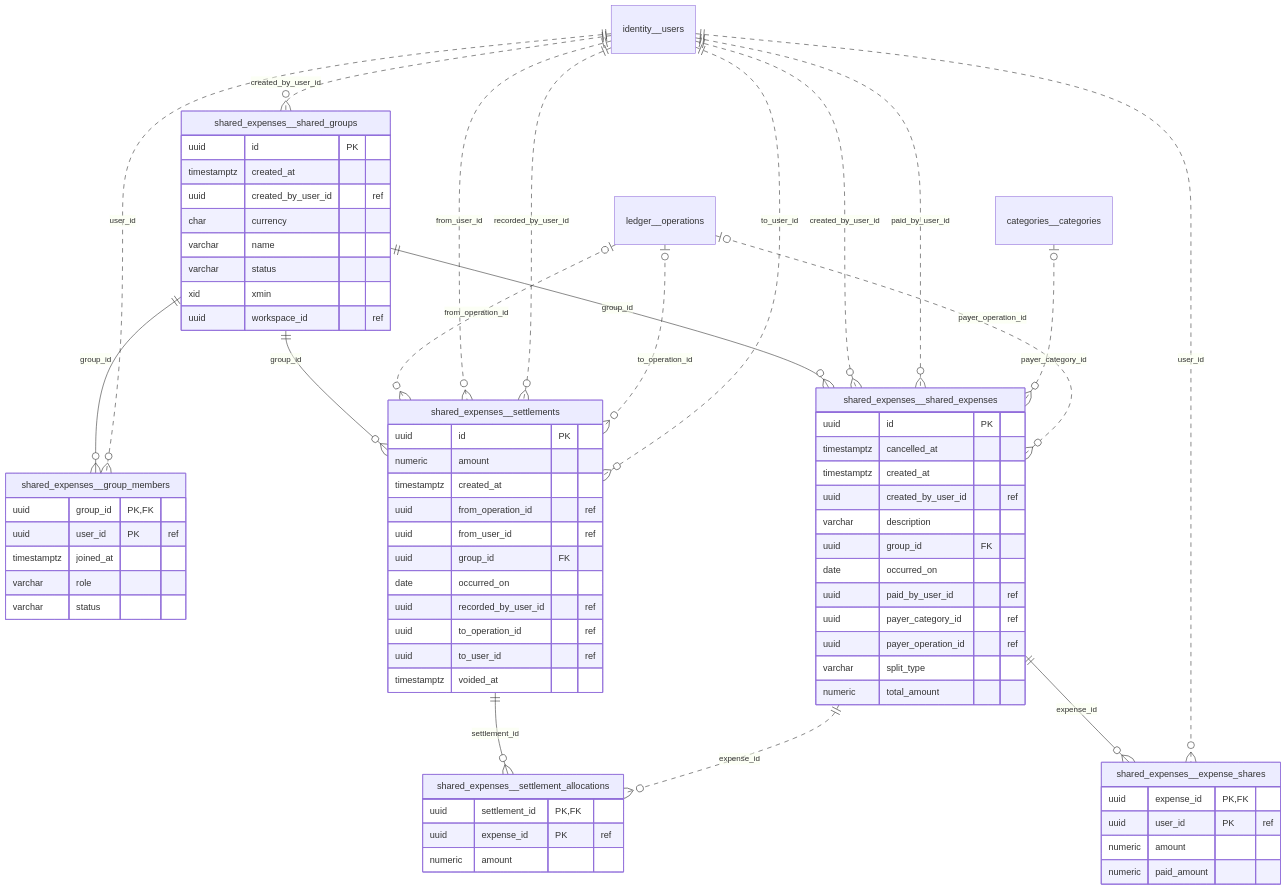
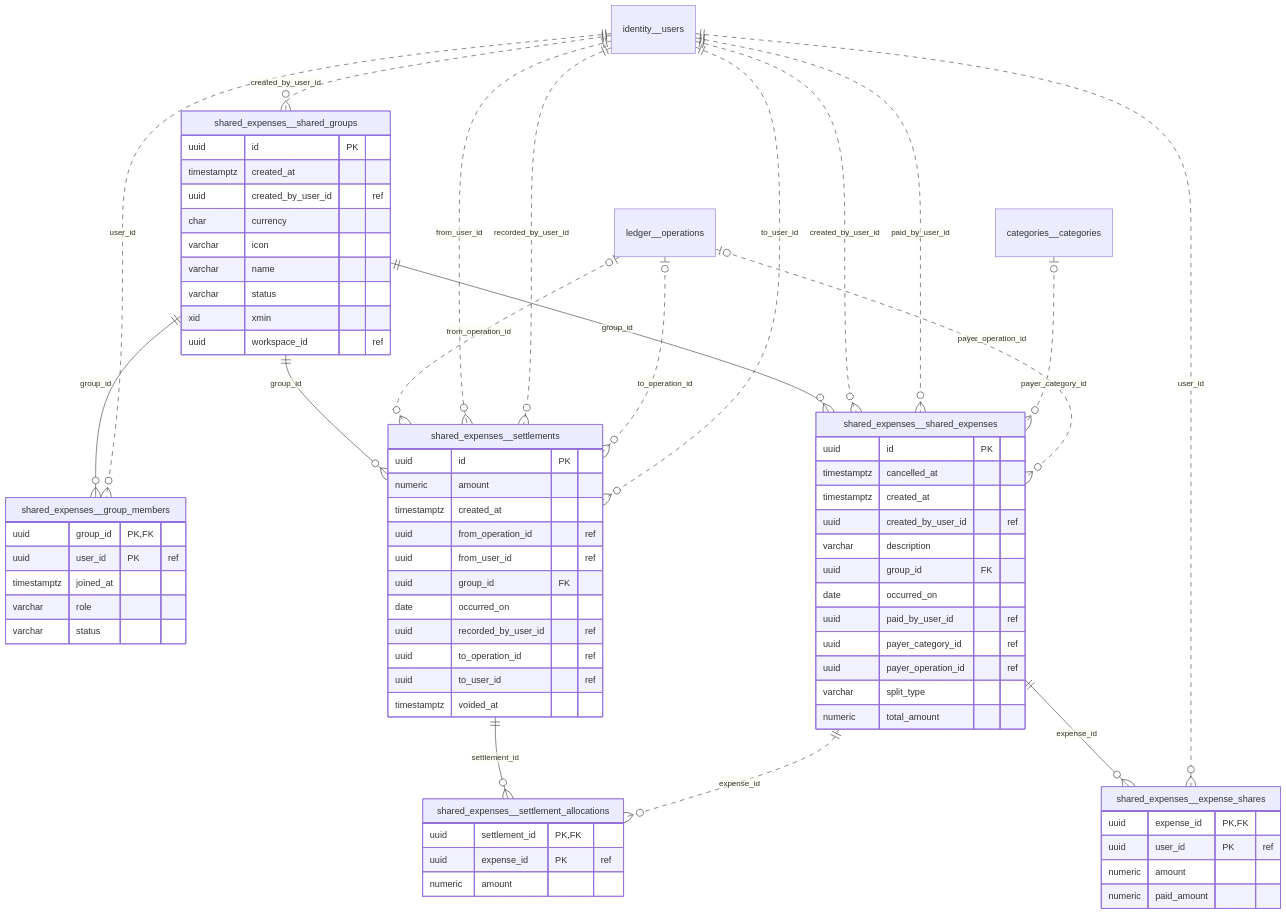
The tenth of 13 diagrams in docs/backend/database.md (TorresMBA/finanzas-hub-api), drawn with Mermaid before and after one commit. The commit also changed other lines of this file and 66 other files, not shown here.

````diff
--- a/docs/backend/database.md
+++ b/docs/backend/database.md
@@ -1308,76 +1312,77 @@
 ```mermaid
 erDiagram
     shared_expenses__shared_groups {
         uuid id PK
         timestamptz created_at
         uuid created_by_user_id "ref"
         char currency
+        varchar icon
         varchar name
         varchar status
         xid xmin
         uuid workspace_id "ref"
     }
     shared_expenses__group_members {
         uuid group_id PK,FK
         uuid user_id PK "ref"
         timestamptz joined_at
         varchar role
         varchar status
     }
     shared_expenses__settlements {
         uuid id PK
         numeric amount
         timestamptz created_at
         uuid from_operation_id "ref"
         uuid from_user_id "ref"
         uuid group_id FK
         date occurred_on
         uuid recorded_by_user_id "ref"
         uuid to_operation_id "ref"
         uuid to_user_id "ref"
         timestamptz voided_at
     }
     shared_expenses__settlement_allocations {
         uuid settlement_id PK,FK
         uuid expense_id PK "ref"
         numeric amount
     }
     shared_expenses__shared_expenses {
         uuid id PK
         timestamptz cancelled_at
         timestamptz created_at
         uuid created_by_user_id "ref"
         varchar description
         uuid group_id FK
         date occurred_on
         uuid paid_by_user_id "ref"
         uuid payer_category_id "ref"
         uuid payer_operation_id "ref"
         varchar split_type
         numeric total_amount
     }
     shared_expenses__expense_shares {
         uuid expense_id PK,FK
         uuid user_id PK "ref"
         numeric amount
         numeric paid_amount
     }
     identity__users ||..o{ shared_expenses__shared_groups : "created_by_user_id"
     shared_expenses__shared_groups ||--o{ shared_expenses__group_members : "group_id"
     identity__users ||..o{ shared_expenses__group_members : "user_id"
     shared_expenses__shared_groups ||--o{ shared_expenses__settlements : "group_id"
     ledger__operations |o..o{ shared_expenses__settlements : "from_operation_id"
     identity__users ||..o{ shared_expenses__settlements : "from_user_id"
     identity__users ||..o{ shared_expenses__settlements : "recorded_by_user_id"
     ledger__operations |o..o{ shared_expenses__settlements : "to_operation_id"
     identity__users ||..o{ shared_expenses__settlements : "to_user_id"
     shared_expenses__settlements ||--o{ shared_expenses__settlement_allocations : "settlement_id"
     shared_expenses__shared_expenses ||..o{ shared_expenses__settlement_allocations : "expense_id"
     shared_expenses__shared_groups ||--o{ shared_expenses__shared_expenses : "group_id"
     identity__users ||..o{ shared_expenses__shared_expenses : "created_by_user_id"
     identity__users ||..o{ shared_expenses__shared_expenses : "paid_by_user_id"
     categories__categories |o..o{ shared_expenses__shared_expenses : "payer_category_id"
     ledger__operations |o..o{ shared_expenses__shared_expenses : "payer_operation_id"
     shared_expenses__shared_expenses ||--o{ shared_expenses__expense_shares : "expense_id"
     identity__users ||..o{ shared_expenses__expense_shares : "user_id"
 ```
````
